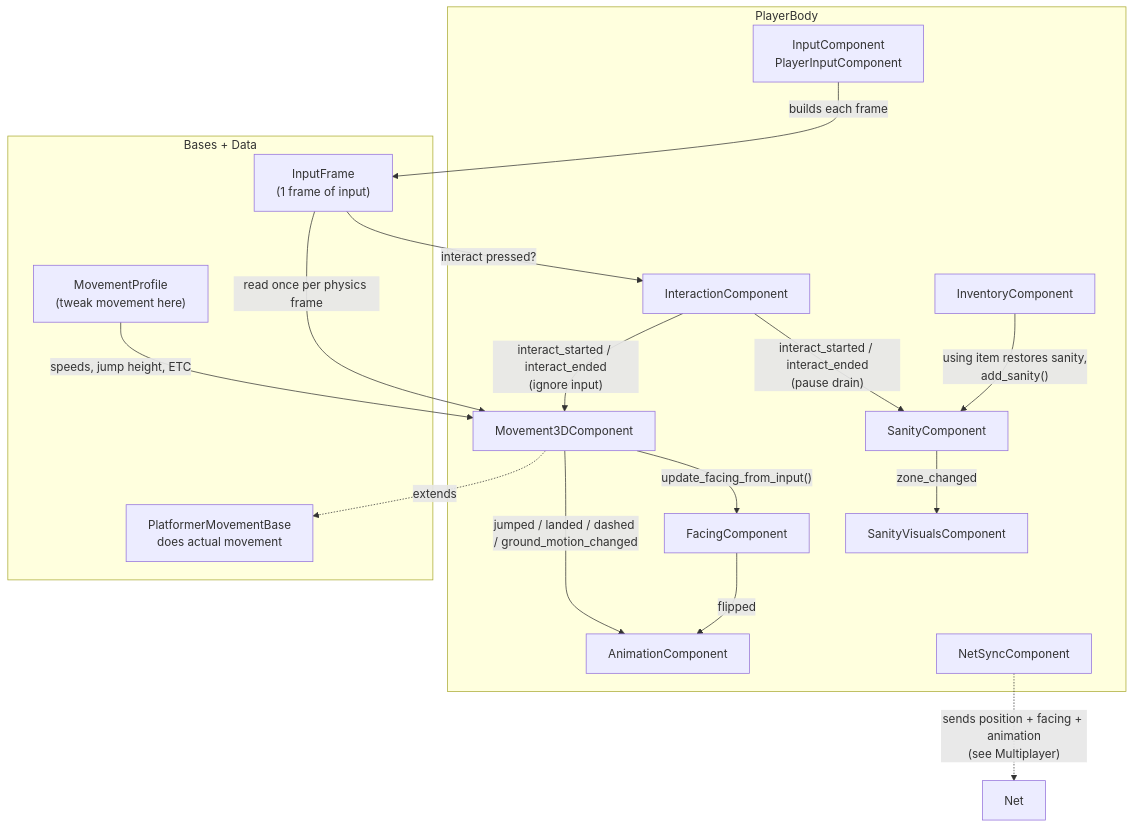
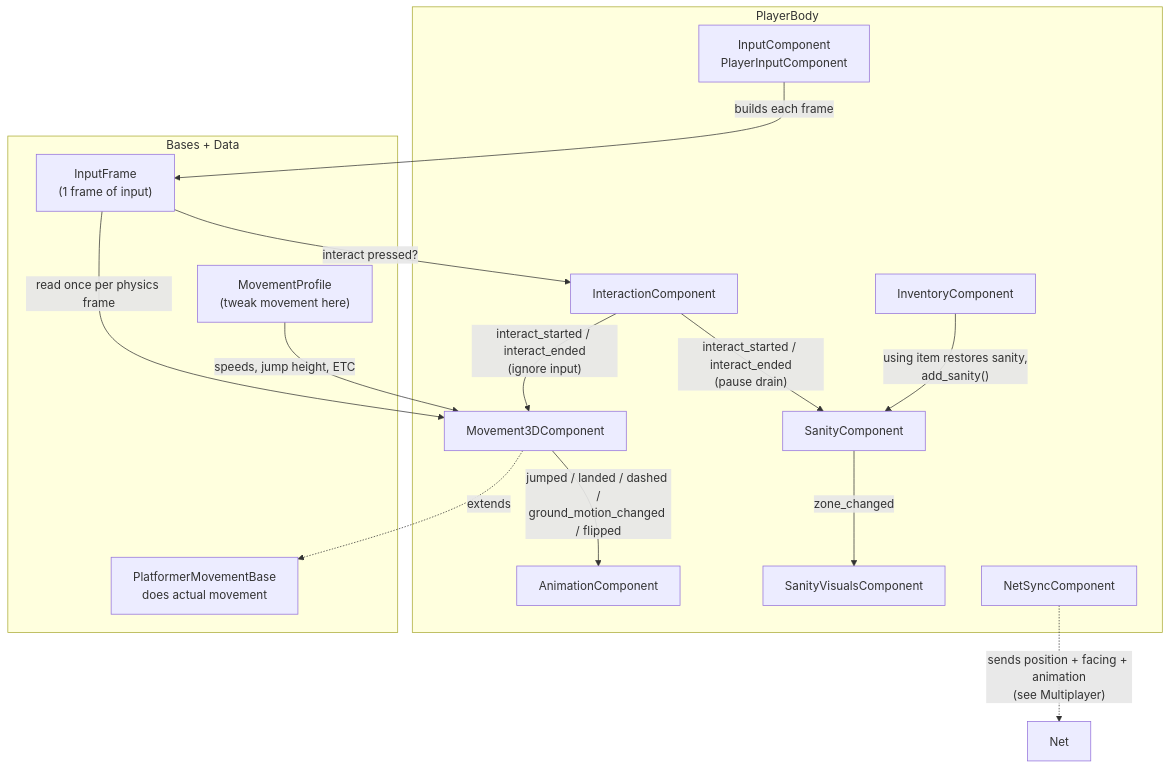
Before and after one commit to sintutiers/celter-fairy-pixie-gameproject: the second of 10 diagrams in TDD.md, drawn with Mermaid. The commit also changed other lines of this file and 2 other files, not shown here.

````diff
--- a/TDD.md
+++ b/TDD.md
@@ -228,46 +293,42 @@
 ```mermaid
 graph TB
     subgraph Body["PlayerBody"]
         IC["InputComponent<br/>PlayerInputComponent"]
-        FC["FacingComponent"]
         MC["Movement3DComponent"]
         AC["AnimationComponent"]
         IAC["InteractionComponent"]
         INV["InventoryComponent"]
         SC["SanityComponent"]
         SVC["SanityVisualsComponent"]
         NSC["NetSyncComponent"]
     end
 
     subgraph Bases["Bases + Data"]
         PMB["PlatformerMovementBase<br/>does actual movement"]
         MPROF["MovementProfile<br/>(tweak movement here)"]
         IF["InputFrame<br/>(1 frame of input)"]
     end
 
     IC -->|"builds each frame"| IF
     IF -->|"read once per physics frame"| MC
     IF -->|interact pressed?| IAC
     MC -.->|extends| PMB
     MPROF -->|speeds, jump height, ETC| MC
-    MC -->|"jumped / landed / dashed / ground_motion_changed"| AC
-    MC -->|"update_facing_from_input()"| FC
-    FC -->|flipped| AC
+    MC -->|"jumped / landed / dashed /<br/>ground_motion_changed / flipped"| AC
     IAC -->|"interact_started / interact_ended<br/>(ignore input)"| MC
     IAC -->|"interact_started / interact_ended<br/>(pause drain)"| SC
     INV -->|"using item restores sanity,<br/>add_sanity()"| SC
     SC -->|zone_changed| SVC
     NSC -.->|"sends position + facing + animation<br/>(see Multiplayer)"| NET["Net"]
 
     click IC href "https://github.com/sintutiers/celter-fairy-pixie-gameproject/blob/master/scripts/components/input_component.gd" _blank
-    click FC href "https://github.com/sintutiers/celter-fairy-pixie-gameproject/blob/master/scripts/components/facing_component.gd" _blank
     click MC href "https://github.com/sintutiers/celter-fairy-pixie-gameproject/blob/master/scripts/components/movement_3d_component.gd" _blank
     click AC href "https://github.com/sintutiers/celter-fairy-pixie-gameproject/blob/master/scripts/components/animation_component.gd" _blank
     click IAC href "https://github.com/sintutiers/celter-fairy-pixie-gameproject/blob/master/scripts/components/interaction_component.gd" _blank
     click INV href "https://github.com/sintutiers/celter-fairy-pixie-gameproject/blob/master/scripts/components/inventory_component.gd" _blank
     click SC href "https://github.com/sintutiers/celter-fairy-pixie-gameproject/blob/master/scripts/components/sanity_component.gd" _blank
     click SVC href "https://github.com/sintutiers/celter-fairy-pixie-gameproject/blob/master/scripts/components/sanity_visuals_component.gd" _blank
     click PMB href "https://github.com/sintutiers/celter-fairy-pixie-gameproject/blob/master/scripts/components/platformer_movement_base.gd" _blank
     click MPROF href "https://github.com/sintutiers/celter-fairy-pixie-gameproject/blob/master/scripts/data/movement_profile.gd" _blank
     click IF href "https://github.com/sintutiers/celter-fairy-pixie-gameproject/blob/master/scripts/data/input_frame.gd" _blank
 ```
````
